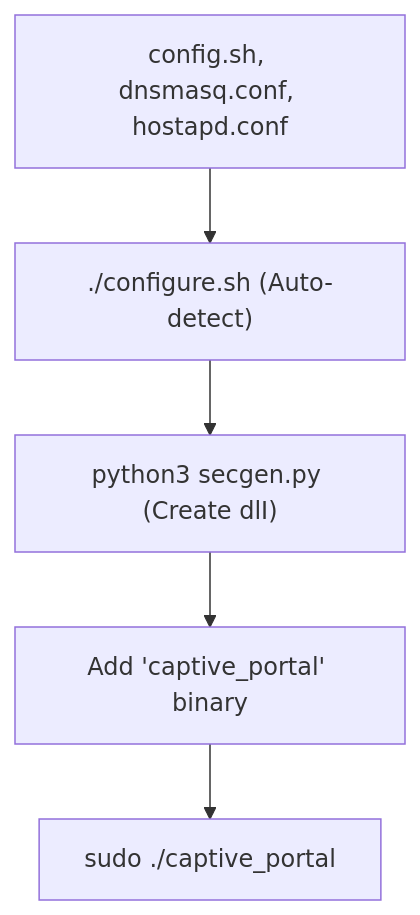
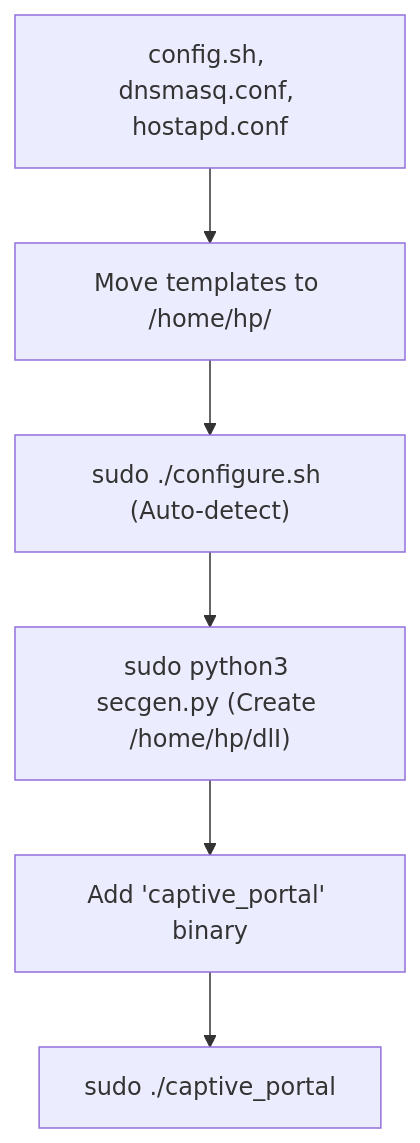
The diagram in retry/README.md (onuralpArsln/portalProj), drawn with Mermaid before and after one commit. The commit also changed other lines of this file and 14 other files, not shown here.

````diff
--- a/retry/README.md
+++ b/retry/README.md
@@ -5,7 +3,8 @@
 ```mermaid
 graph TD
-    Templates["config.sh, dnsmasq.conf, hostapd.conf"] --> Config["./configure.sh (Auto-detect)"]
-    Config --> License["python3 secgen.py (Create dlI)"]
+    Templates["config.sh, dnsmasq.conf, hostapd.conf"] --> Folder["Move templates to /home/hp/"]
+    Folder --> Config["sudo ./configure.sh (Auto-detect)"]
+    Config --> License["sudo python3 secgen.py (Create /home/hp/dlI)"]
     License --> Final["Add 'captive_portal' binary"]
     Final --> Start["sudo ./captive_portal"]
 ```
````
